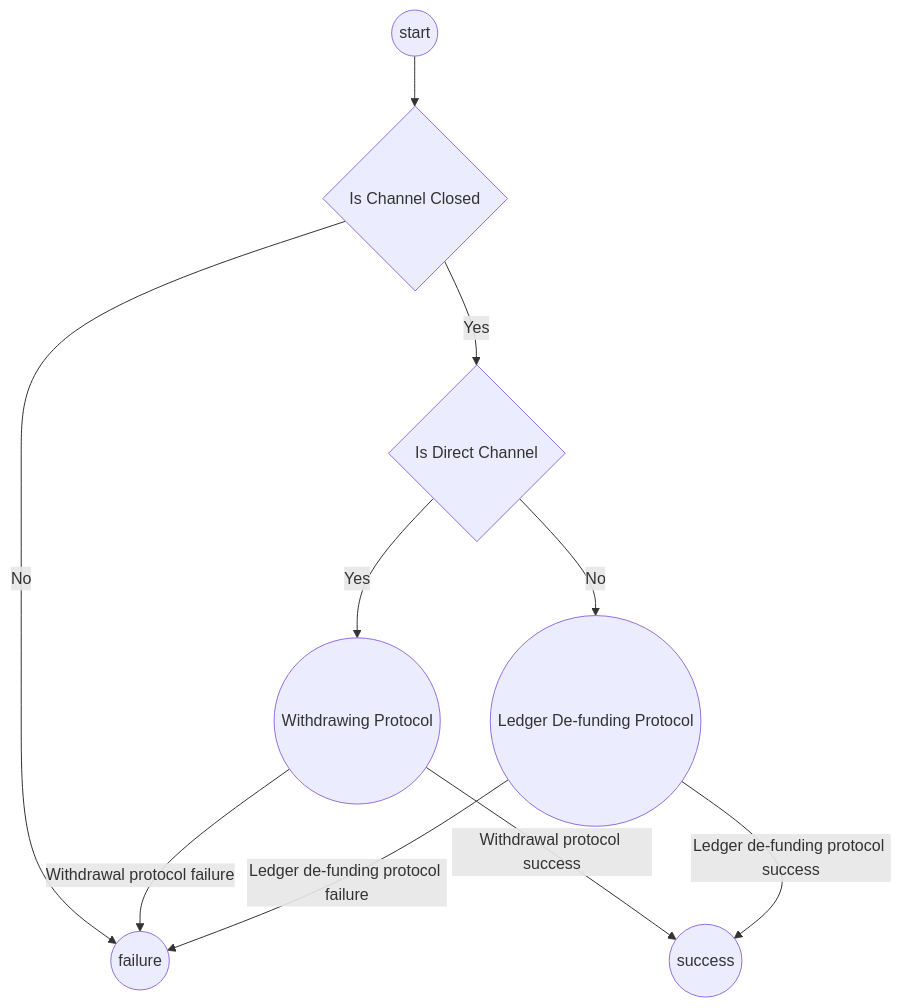
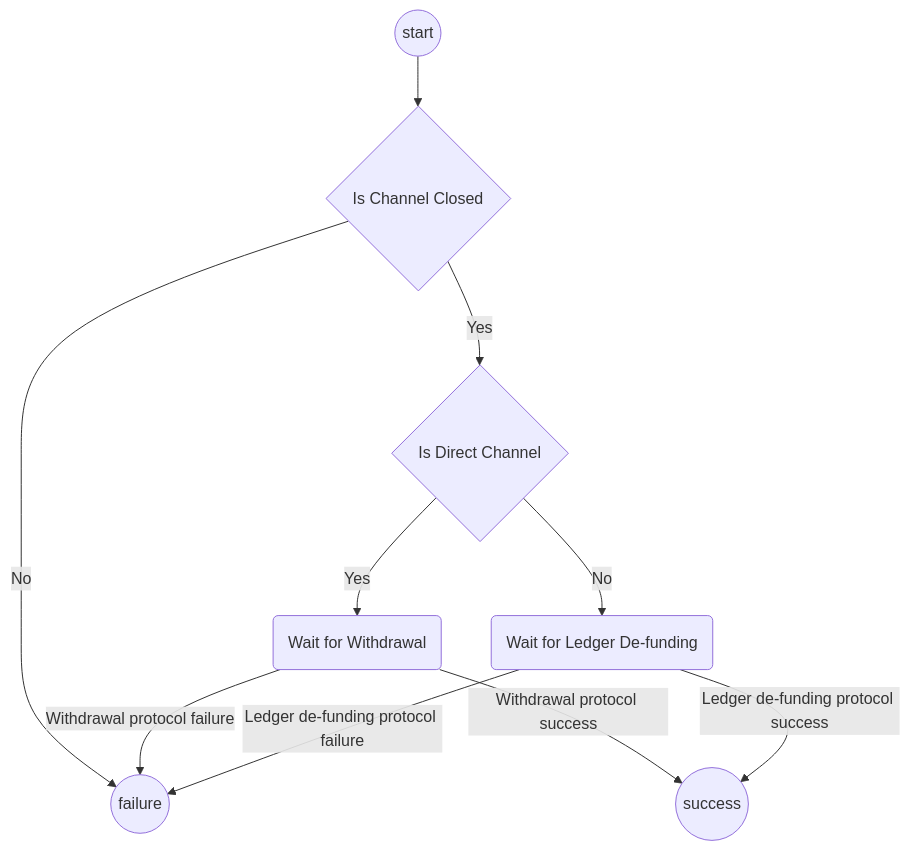
One commit to magmo/apps changed the diagram in packages/wallet/src/redux/protocols/defunding/readme.md. Above: the diagram before and after it, drawn with Mermaid. The commit also changed other lines of this file, not shown here.

````diff
--- a/packages/wallet/src/redux/protocols/defunding/readme.md
+++ b/packages/wallet/src/redux/protocols/defunding/readme.md
@@ -13,12 +13,12 @@
 ```mermaid
 graph TD
   S((start))-->ICC{Is Channel Closed}
   ICC-->|No|F((failure))
   ICC-->|Yes|ID{Is Direct Channel}
-  ID-->|Yes|WP((Withdrawing Protocol))
-  ID -->|No|LDP((Ledger De-funding Protocol))
+  ID-->|Yes|WP(Wait for Withdrawal)
+  ID -->|No|LDP(Wait for Ledger De-funding)
   WP-->|Withdrawal protocol success|Su((success))
   LDP-->|Ledger de-funding protocol success|Su((success))
   WP-->|Withdrawal protocol failure|F((failure))
   LDP-->|Ledger de-funding protocol failure|F((failure))
 ```
````
